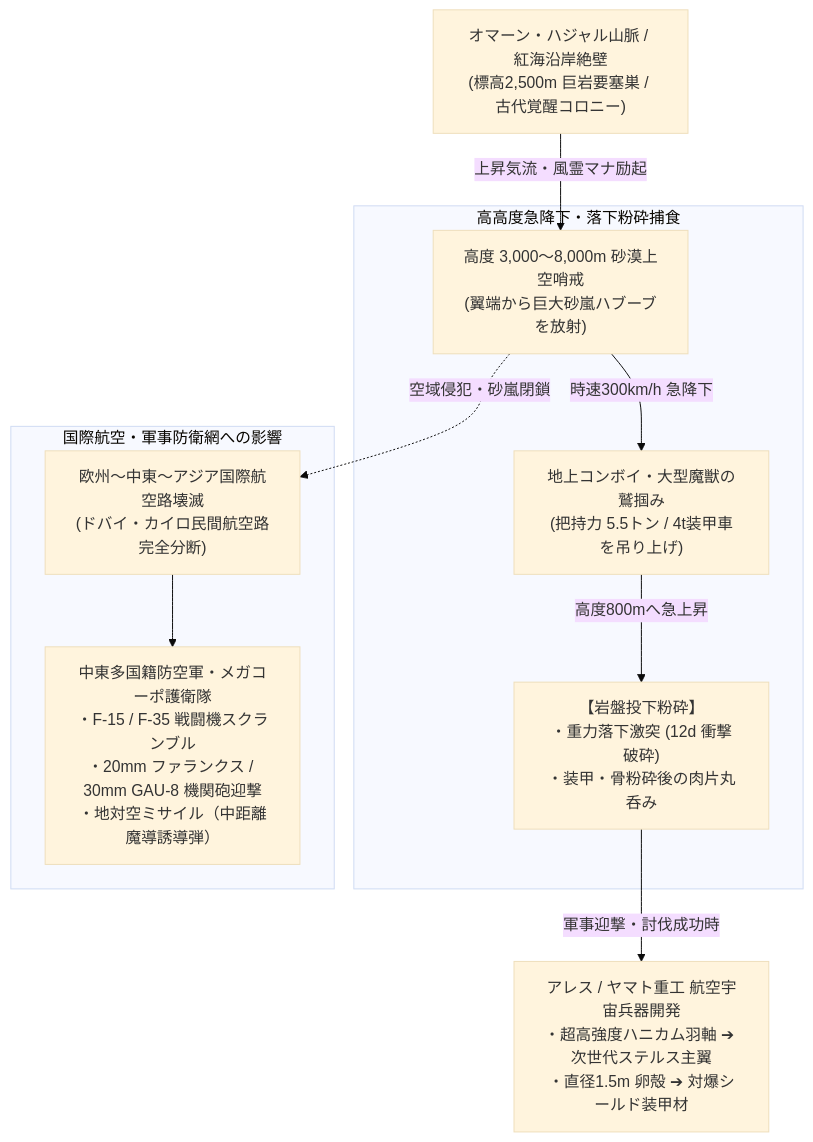
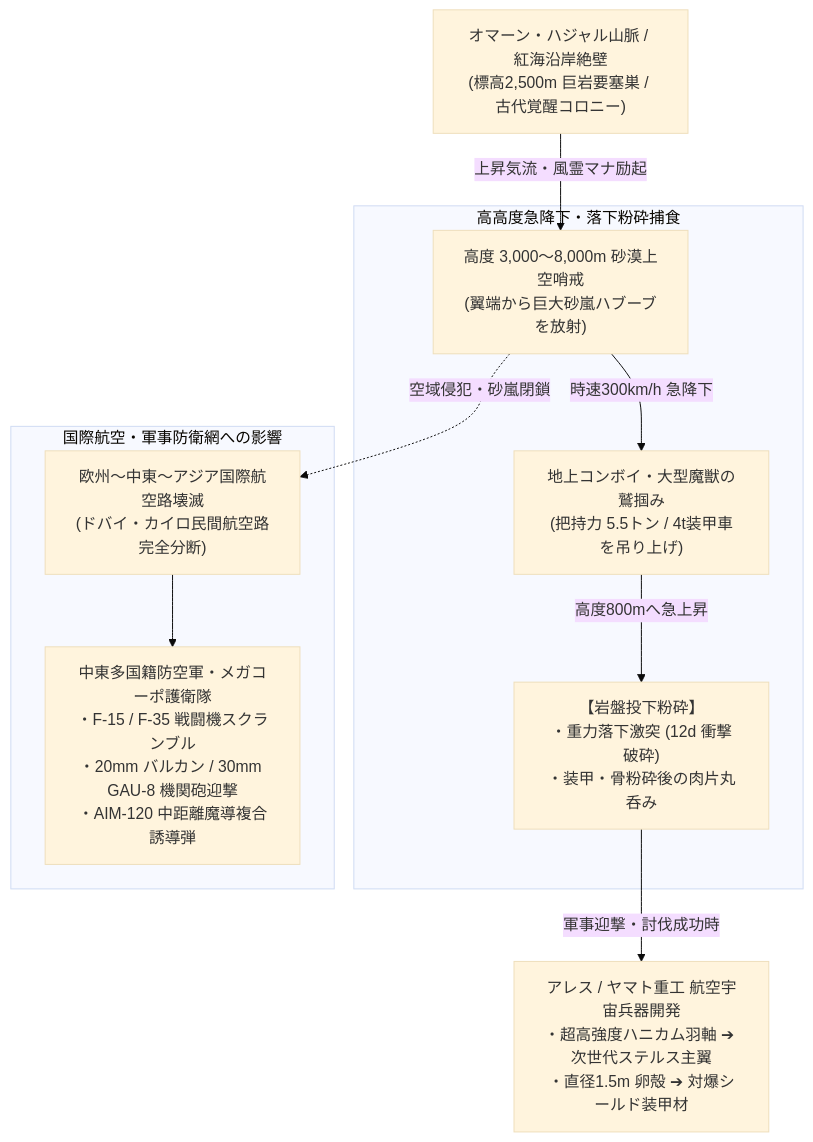
The second of 2 diagrams in creatures/010_titanoroc_arabicus.md (takenoriohno-cloud/world-building), drawn with Mermaid (base theme) before and after one commit. The commit also changed other lines of this file and 54 other files, not shown here.

````diff
--- a/creatures/010_titanoroc_arabicus.md
+++ b/creatures/010_titanoroc_arabicus.md
@@ -84,17 +116,17 @@
 ```mermaid
 flowchart TD
-    %% 砂嵐巨怪鳥 ロック 落下狩猟・国際航空防空回廊図
+    %% アラビアルフ 落下狩猟・国際航空防空回廊図
     NEST["オマーン・ハジャル山脈 / 紅海沿岸絶壁<br/>(標高2,500m 巨岩要塞巣 / 古代覚醒コロニー)"] -->|上昇気流・風霊マナ励起| SOAR["高度 3,000〜8,000m 砂漠上空哨戒<br/>(翼端から巨大砂嵐ハブーブを放射)"]
     
     subgraph HUNTING["高高度急降下・落下粉砕捕食"]
         SOAR -->|時速300km/h 急降下| SNATCH["地上コンボイ・大型魔獣の鷲掴み<br/>(把持力 5.5トン / 4t装甲車を吊り上げ)"]
         SNATCH -->|高度800mへ急上昇| DROP["【岩盤投下粉砕】<br/>・重力落下激突 (12d 衝撃破砕)<br/>・装甲・骨粉砕後の肉片丸呑み"]
     end
 
     subgraph DEFENSE["国際航空・軍事防衛網への影響"]
         SOAR -.->|空域侵犯・砂嵐閉鎖| AIRWAYS["欧州〜中東〜アジア国際航空路壊滅<br/>(ドバイ・カイロ民間航空路完全分断)"]
-        AIRWAYS --> ESCORT["中東多国籍防空軍・メガコーポ護衛隊<br/>・F-15 / F-35 戦闘機スクランブル<br/>・20mm ファランクス / 30mm GAU-8 機関砲迎撃<br/>・地対空ミサイル（中距離魔導誘導弾）"]
+        AIRWAYS --> ESCORT["中東多国籍防空軍・メガコーポ護衛隊<br/>・F-15 / F-35 戦闘機スクランブル<br/>・20mm バルカン / 30mm GAU-8 機関砲迎撃<br/>・AIM-120 中距離魔導複合誘導弾"]
     end
 
     DROP -->|軍事迎撃・討伐成功時| MIL["アレス / ヤマト重工 航空宇宙兵器開発<br/>・超高強度ハニカム羽軸 ➔ 次世代ステルス主翼<br/>・直径1.5m 卵殻 ➔ 対爆シールド装甲材"]
 ```
````
